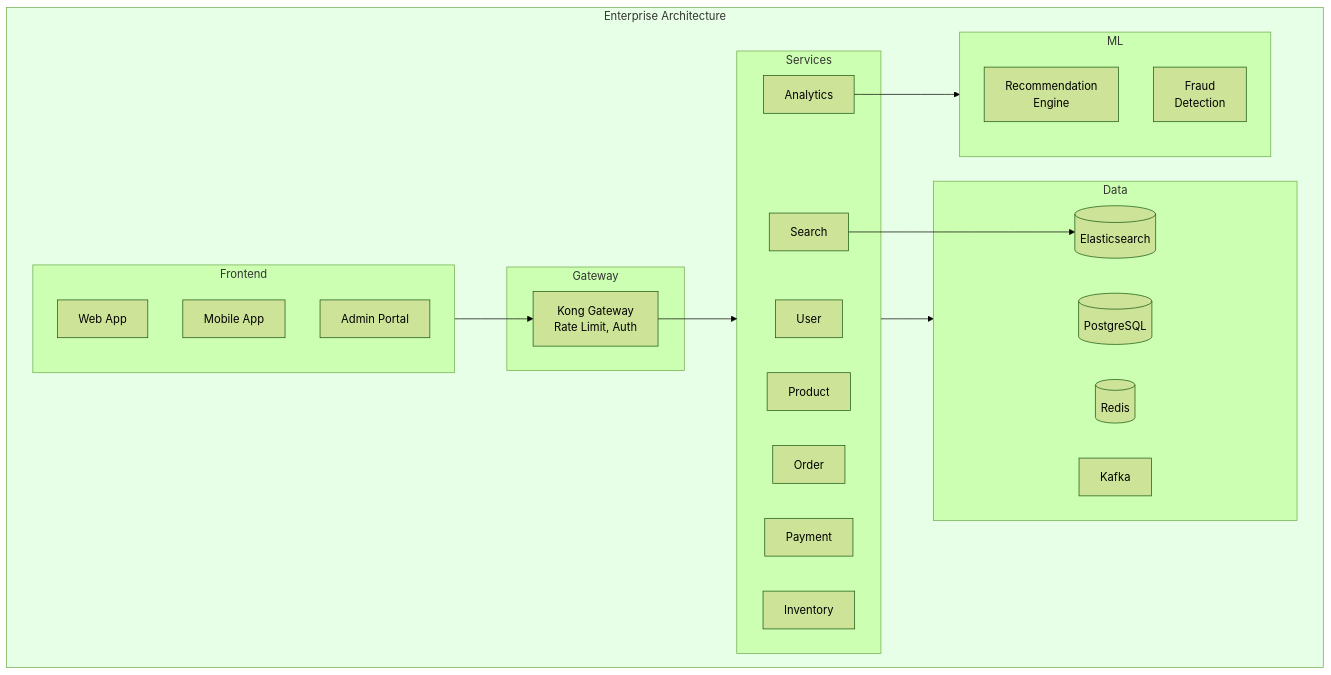
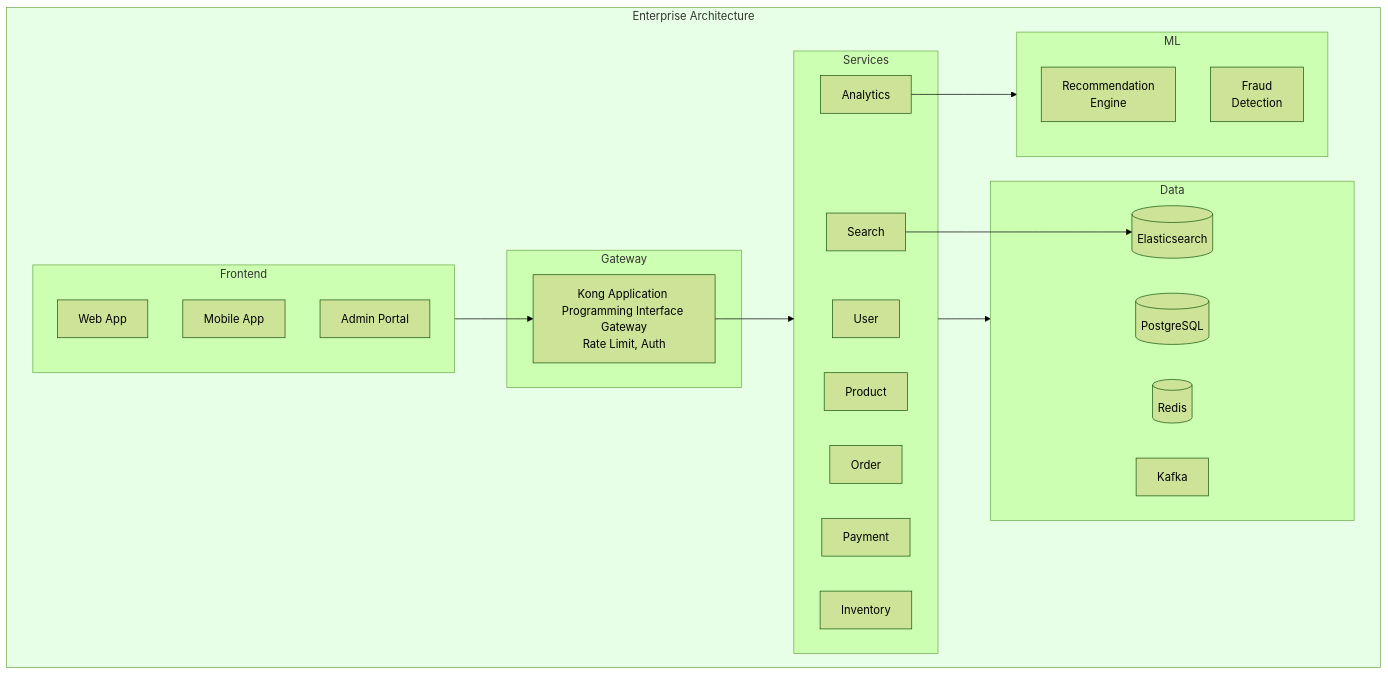
One commit to chungminhtu/S--tay-SA--Solution-Architect- changed diagram 18 of 23 in So_tay_SA_VN.md. Above: the diagram before and after it, drawn with Mermaid (forest theme). The commit also changed other lines of this file, not shown here.

````diff
--- a/So_tay_SA_VN.md
+++ b/So_tay_SA_VN.md
@@ -1961,44 +1961,44 @@
 ```mermaid
 flowchart TB
     subgraph Enterprise["Enterprise Architecture"]
         subgraph Frontend
             Web[Web App]
             Mobile[Mobile App]
             Admin[Admin Portal]
         end
 
         subgraph Gateway
-            Kong[Kong Gateway<br/>Rate Limit, Auth]
+            Kong[Kong Application Programming Interface Gateway<br/>Rate Limit, Auth]
         end
 
         subgraph Services
             User[User]
             Product[Product]
             Order[Order]
             Payment[Payment]
             Inventory[Inventory]
             Search[Search]
             Analytics[Analytics]
         end
 
         subgraph Data
             PG[(PostgreSQL)]
             Redis[(Redis)]
             ES[(Elasticsearch)]
             Kafka[Kafka]
         end
 
         subgraph ML
             Recommend[Recommendation<br/>Engine]
             Fraud[Fraud<br/>Detection]
         end
     end
 
     Frontend --> Kong
     Kong --> Services
     Services --> Data
     Analytics --> ML
     Search --> ES
 
     style Enterprise fill:#e6ffe6
 ```
````
